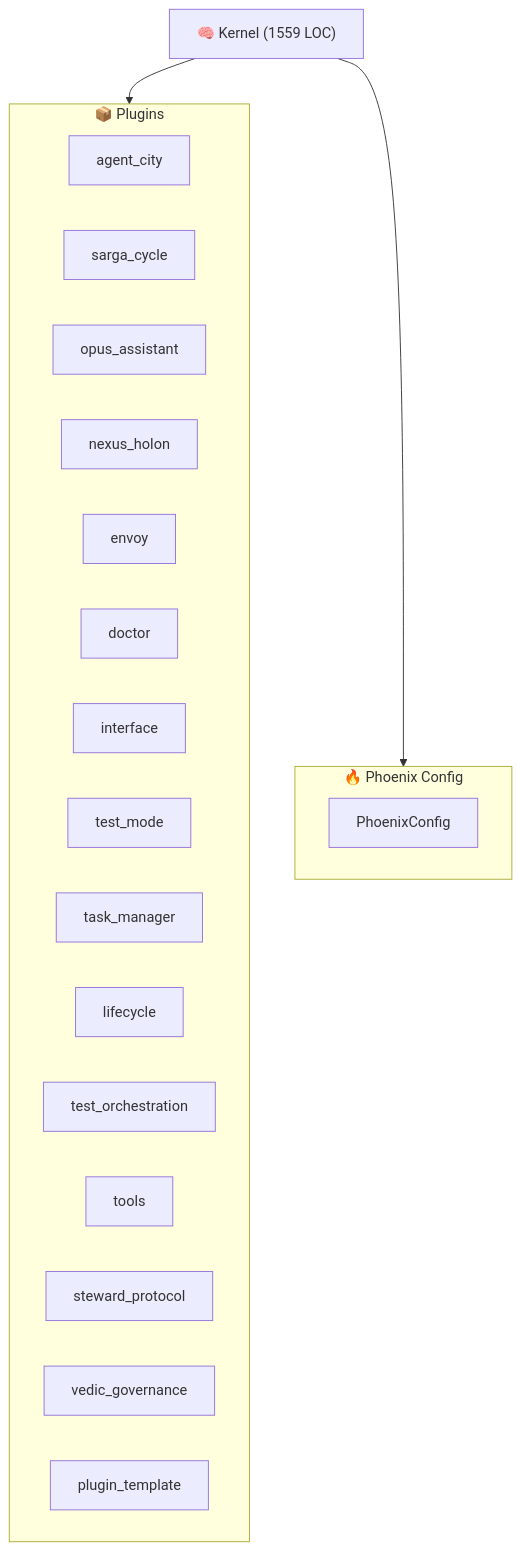
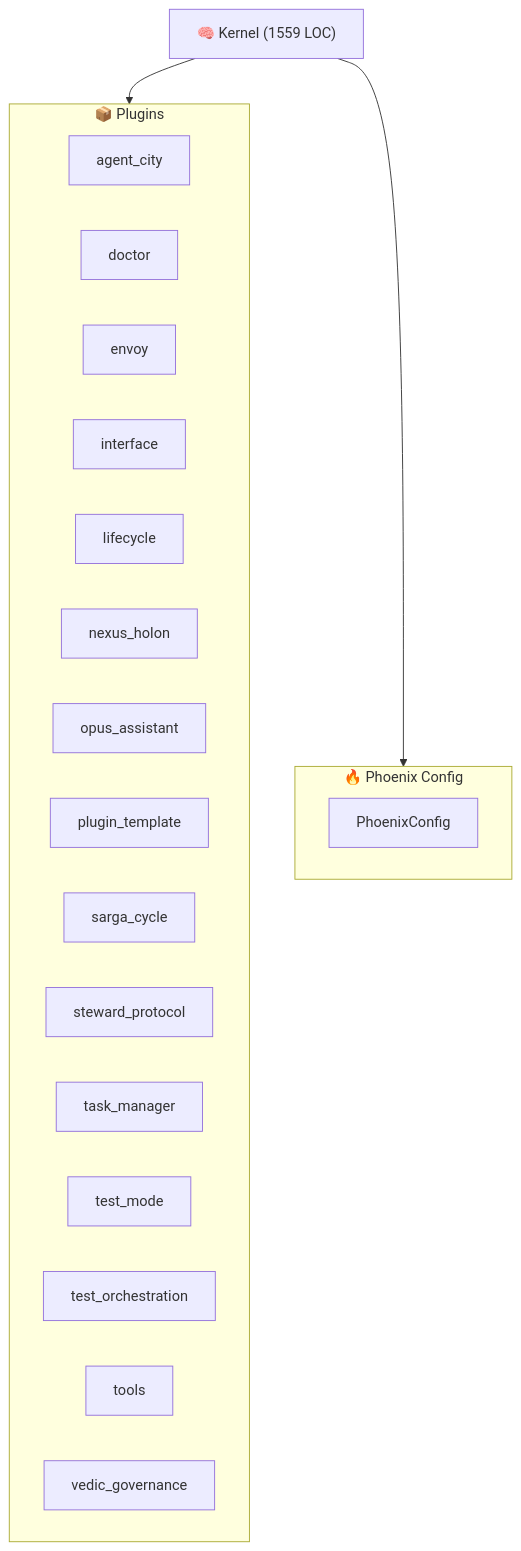
Before and after one commit to kimeisele/steward-protocol: the diagram in ARCHITECTURE.md, drawn with Mermaid. The commit also changed other lines of this file and 14 other files, not shown here.

````diff
--- a/ARCHITECTURE.md
+++ b/ARCHITECTURE.md
@@ -8,26 +8,26 @@
 ```mermaid
 graph TB
     K["🧠 Kernel (1559 LOC)"]
     subgraph Plugins["📦 Plugins"]
         P_agent_city["agent_city"]
+        P_doctor["doctor"]
+        P_envoy["envoy"]
+        P_interface["interface"]
+        P_lifecycle["lifecycle"]
+        P_nexus_holon["nexus_holon"]
+        P_opus_assistant["opus_assistant"]
+        P_plugin_template["plugin_template"]
         P_sarga_cycle["sarga_cycle"]
-        P_opus_assistant["opus_assistant"]
-        P_nexus_holon["nexus_holon"]
-        P_envoy["envoy"]
-        P_doctor["doctor"]
-        P_interface["interface"]
+        P_steward_protocol["steward_protocol"]
+        P_task_manager["task_manager"]
         P_test_mode["test_mode"]
-        P_task_manager["task_manager"]
-        P_lifecycle["lifecycle"]
         P_test_orchestration["test_orchestration"]
         P_tools["tools"]
-        P_steward_protocol["steward_protocol"]
         P_vedic_governance["vedic_governance"]
-        P_plugin_template["plugin_template"]
     end
     K --> Plugins
     subgraph Config["🔥 Phoenix Config"]
         PC[PhoenixConfig]
     end
     K --> Config
 ```
````
